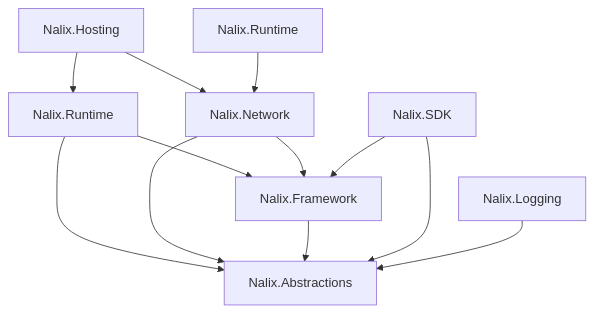
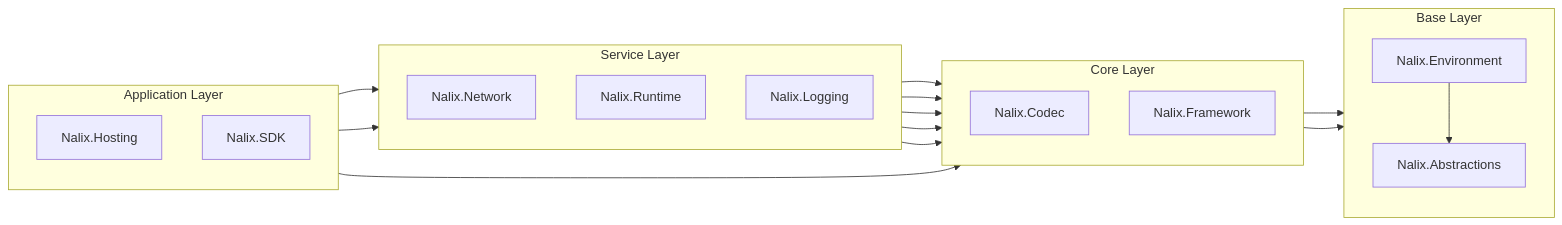
Before and after one commit to ppn-systems/Nalix: the second of 3 diagrams in docs/concepts/fundamentals/architecture.md, drawn with Mermaid. The commit also changed 252 other files, not shown here.

````diff
--- a/docs/concepts/fundamentals/architecture.md
+++ b/docs/concepts/fundamentals/architecture.md
@@ -25,14 +25,41 @@
 ```mermaid
-graph TD
-    Hosting["Nalix.Hosting"] --> Network["Nalix.Network"]
-    Hosting --> Runtime["Nalix.Runtime"]
-    Runtime --> Framework["Nalix.Framework"]
-    Runtime --> Common["Nalix.Abstractions"]
+flowchart LR
+    subgraph App ["Application Layer"]
+        direction TB
+        Hosting["Nalix.Hosting"]
+        SDK["Nalix.SDK"]
+    end
+
+    subgraph Svc ["Service Layer"]
+        direction TB
+        Network["Nalix.Network"]
+        Runtime["Nalix.Runtime"]
+        Logging["Nalix.Logging"]
+    end
+
+    subgraph Core ["Core Layer"]
+        direction TB
+        Codec["Nalix.Codec"]
+        Framework["Nalix.Framework"]
+    end
+
+    subgraph Base ["Base Layer"]
+        direction TB
+        Env["Nalix.Environment"]
+        Common["Nalix.Abstractions"]
+    end
+
+    Hosting --> Network
+    Hosting --> Runtime
+    SDK --> Codec
+
+    Network --> Codec
     Network --> Framework
-    Network --> Common
-    Framework --> Common
-    SDK["Nalix.SDK"] --> Framework
-    SDK --> Common
-    Pipeline["Nalix.Runtime"] --> Network
-    Logging["Nalix.Logging"] --> Common
+    Runtime --> Codec
+    Runtime --> Framework
+    Logging --> Framework
+
+    Codec --> Env
+    Framework --> Env
+    Env --> Common
 ```
````
